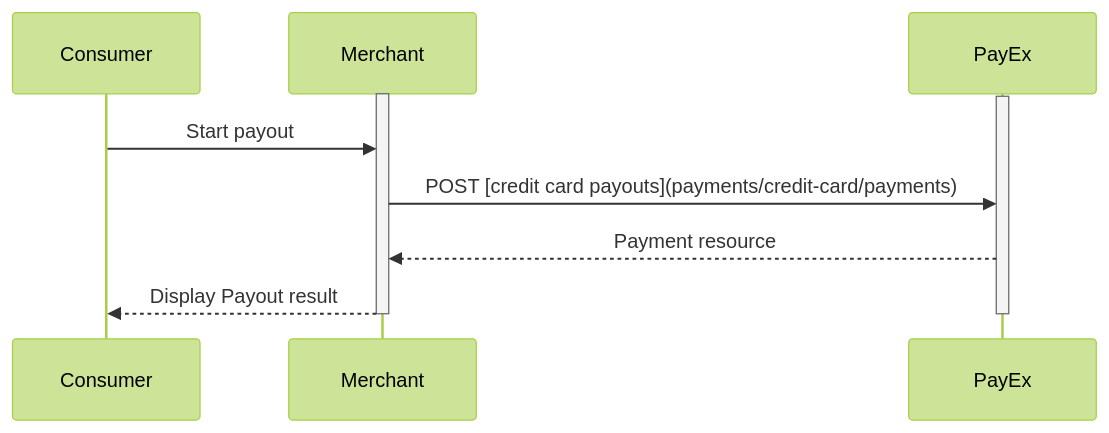
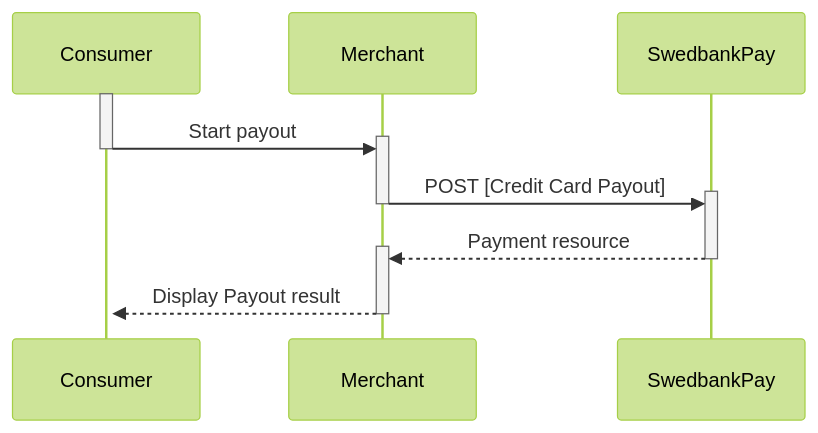
The diagram in payments/credit-card/other-features.md (SwedbankPay/developer.swedbankpay.com), drawn with Mermaid (forest theme) before and after one commit. The commit also changed other lines of this file, not shown here.

````diff
--- a/payments/credit-card/other-features.md
+++ b/payments/credit-card/other-features.md
@@ -488,11 +490,12 @@
 ```mermaid
 sequenceDiagram
-  Activate Merchant
-  Activate PayEx
-  Consumer->>Merchant: Start payout
-  Merchant->>PayEx: POST [credit card payouts](payments/credit-card/payments)
-  PayEx-->>Merchant: Payment resource
-  Merchant-->>Consumer: Display Payout result
-  Deactivate PayEx
-  Deactivate Merchant
+  activate Consumer
+  Consumer->>+Merchant: Start payout
+  deactivate Consumer
+  Merchant->>+SwedbankPay: POST [Credit Card Payout]
+  deactivate Merchant
+  SwedbankPay-->>+Merchant: Payment resource
+  deactivate SwedbankPay
+  Merchant-->>+Consumer: Display Payout result
+  deactivate Merchant
 ```
````
